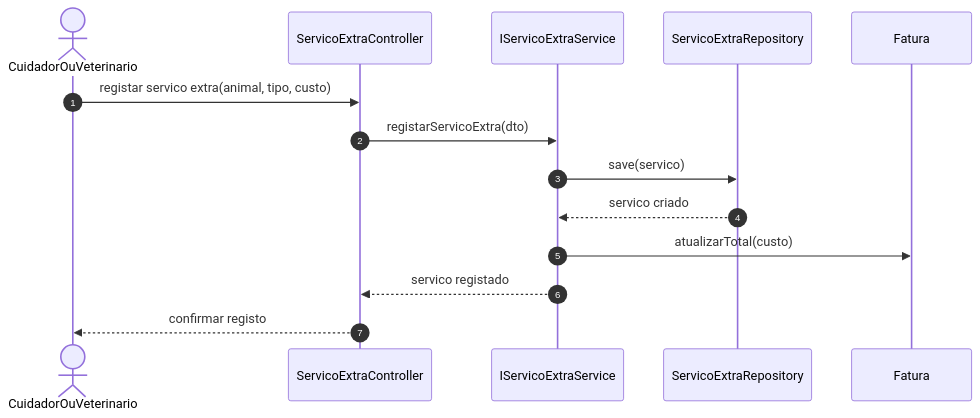
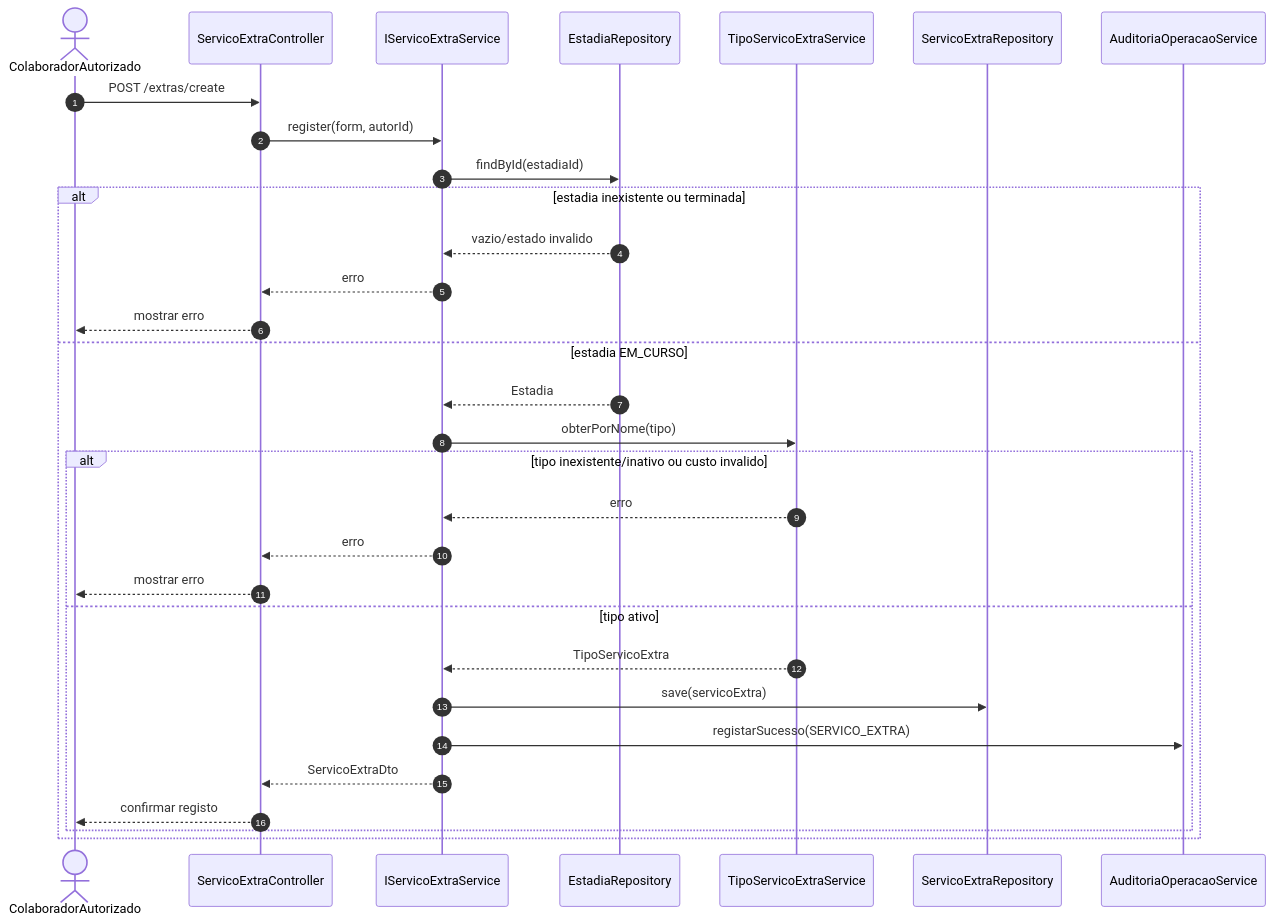
Before and after one commit to beatriz0freitas/LI4-G08: the diagram in docs/Etapa2/03-seq-diagrams/UC-10.mmd, drawn with Mermaid. The commit also changed 50 other files, not shown here.

Commit message:
fix: adaptacao e melhroia de use case, diagramas de sequencia e requsiitos

```diff
--- a/docs/Etapa2/03-seq-diagrams/UC-10.mmd
+++ b/docs/Etapa2/03-seq-diagrams/UC-10.mmd
@@ -1,15 +1,32 @@
 sequenceDiagram
     autonumber
-    actor CuidadorOuVeterinario
+    actor ColaboradorAutorizado
     participant ServicoExtraController
     participant IServicoExtraService
+    participant EstadiaRepository
+    participant TipoServicoExtraService
     participant ServicoExtraRepository
-    participant Fatura
+    participant AuditoriaOperacaoService
 
-    CuidadorOuVeterinario->>ServicoExtraController: registar servico extra(animal, tipo, custo)
-    ServicoExtraController->>IServicoExtraService: registarServicoExtra(dto)
-    IServicoExtraService->>ServicoExtraRepository: save(servico)
-    ServicoExtraRepository-->>IServicoExtraService: servico criado
-    IServicoExtraService->>Fatura: atualizarTotal(custo)
-    IServicoExtraService-->>ServicoExtraController: servico registado
-    ServicoExtraController-->>CuidadorOuVeterinario: confirmar registo
+    ColaboradorAutorizado->>ServicoExtraController: POST /extras/create
+    ServicoExtraController->>IServicoExtraService: register(form, autorId)
+    IServicoExtraService->>EstadiaRepository: findById(estadiaId)
+    alt estadia inexistente ou terminada
+        EstadiaRepository-->>IServicoExtraService: vazio/estado invalido
+        IServicoExtraService-->>ServicoExtraController: erro
+        ServicoExtraController-->>ColaboradorAutorizado: mostrar erro
+    else estadia EM_CURSO
+        EstadiaRepository-->>IServicoExtraService: Estadia
+        IServicoExtraService->>TipoServicoExtraService: obterPorNome(tipo)
+        alt tipo inexistente/inativo ou custo invalido
+            TipoServicoExtraService-->>IServicoExtraService: erro
+            IServicoExtraService-->>ServicoExtraController: erro
+            ServicoExtraController-->>ColaboradorAutorizado: mostrar erro
+        else tipo ativo
+            TipoServicoExtraService-->>IServicoExtraService: TipoServicoExtra
+            IServicoExtraService->>ServicoExtraRepository: save(servicoExtra)
+            IServicoExtraService->>AuditoriaOperacaoService: registarSucesso(SERVICO_EXTRA)
+            IServicoExtraService-->>ServicoExtraController: ServicoExtraDto
+            ServicoExtraController-->>ColaboradorAutorizado: confirmar registo
+        end
+    end
```
